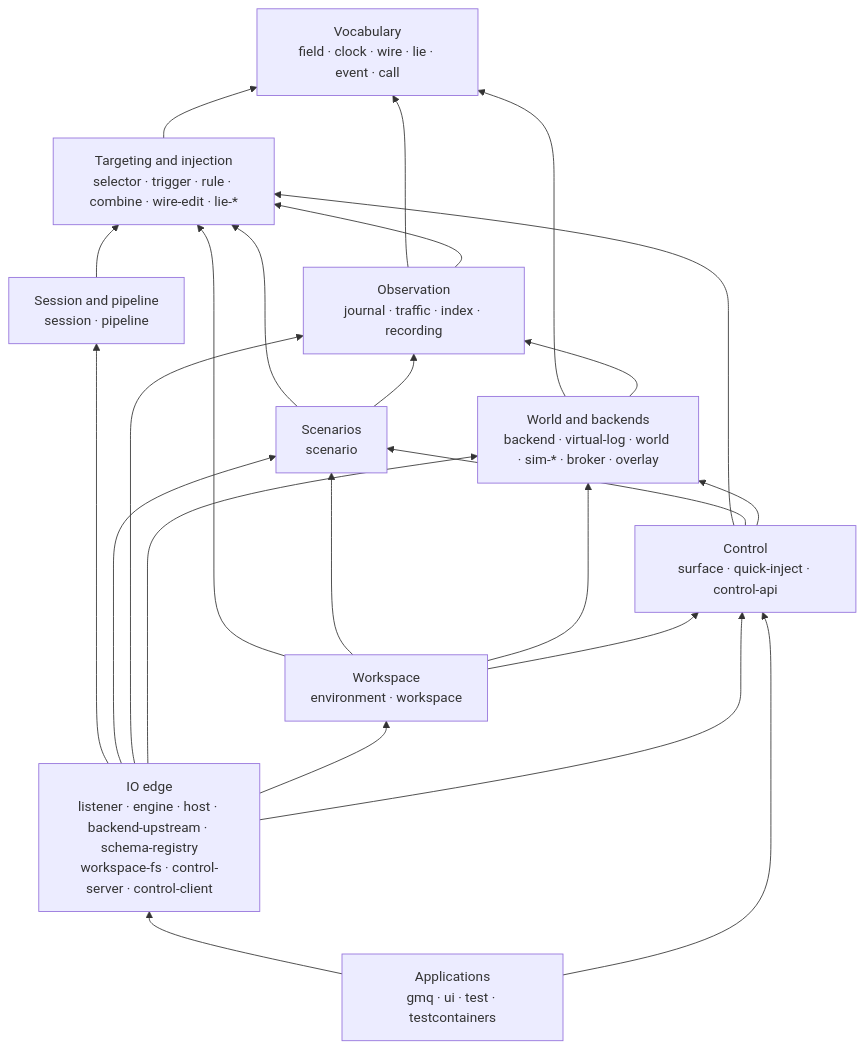
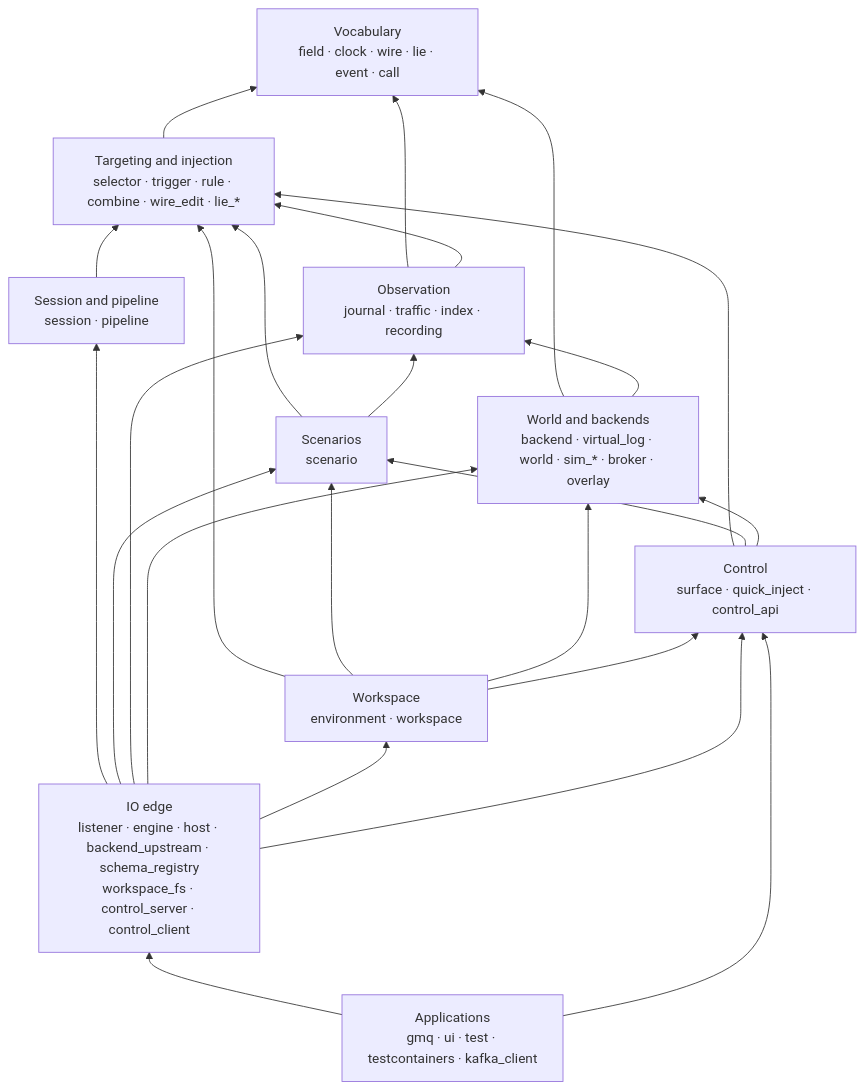
The diagram in docs/specs/architecture/crates.md (cruxy-eu/gaslightmq), drawn with Mermaid before and after one commit. The commit also changed other lines of this file and 29 other files, not shown here.

First line of the commit message:
chore: name crates gmq_*, fold the kernel into gmq_wire and make it sans-IO

````diff
--- a/docs/specs/architecture/crates.md
+++ b/docs/specs/architecture/crates.md
@@ -42,37 +45,37 @@
 ```mermaid
 flowchart BT
   V["Vocabulary<br/>field · clock · wire · lie · event · call"]
-  T["Targeting and injection<br/>selector · trigger · rule · combine · wire-edit · lie-*"]
+  T["Targeting and injection<br/>selector · trigger · rule · combine · wire_edit · lie_*"]
   P["Session and pipeline<br/>session · pipeline"]
   S["Scenarios<br/>scenario"]
   O["Observation<br/>journal · traffic · index · recording"]
-  W["World and backends<br/>backend · virtual-log · world · sim-* · broker · overlay"]
+  W["World and backends<br/>backend · virtual_log · world · sim_* · broker · overlay"]
   F["Workspace<br/>environment · workspace"]
-  C["Control<br/>surface · quick-inject · control-api"]
-  IO["IO edge<br/>listener · engine · host · backend-upstream · schema-registry<br/>workspace-fs · control-server · control-client"]
-  A["Applications<br/>gmq · ui · test · testcontainers"]
+  C["Control<br/>surface · quick_inject · control_api"]
+  IO["IO edge<br/>listener · engine · host · backend_upstream · schema_registry<br/>workspace_fs · control_server · control_client"]
+  A["Applications<br/>gmq · ui · test · testcontainers · kafka_client"]
 
   T --> V
   P --> T
   S --> T
   S --> O
   O --> V
   O --> T
   W --> V
   W --> O
   F --> T
   F --> S
   F --> W
   F --> C
   C --> T
   C --> S
   C --> W
   IO --> P
   IO --> S
   IO --> O
   IO --> W
   IO --> F
   IO --> C
   A --> IO
   A --> C
 ```
````
